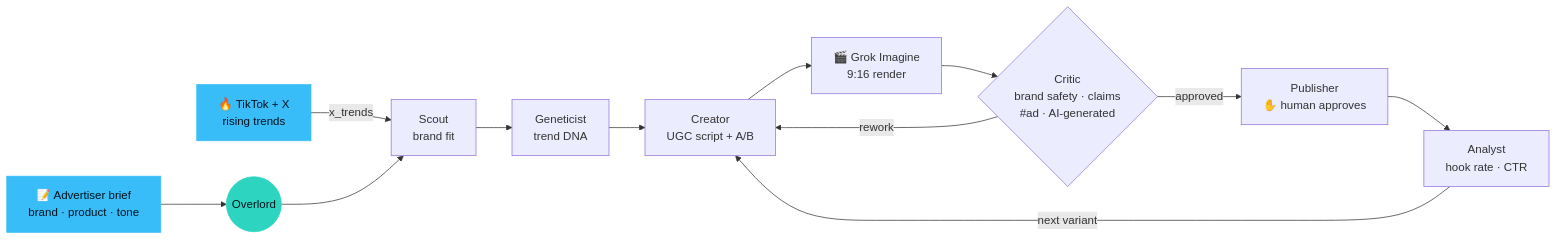
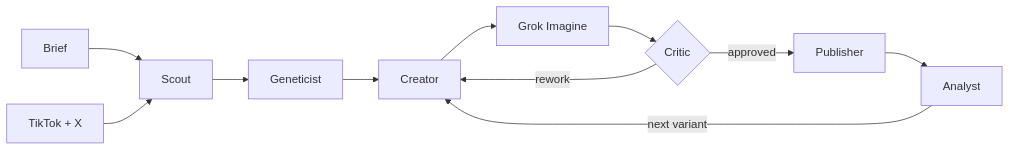
One commit to WiktorZoga/opalacze changed the diagram in README.md. Above: the diagram before and after it, drawn with Mermaid. The commit also changed other lines of this file and 1 other file, not shown here.

````diff
--- a/README.md
+++ b/README.md
@@ -40,19 +47,13 @@
 ```mermaid
 flowchart LR
-    B["📝 Advertiser brief<br/>brand · product · tone"] --> O(("Overlord"))
-    T["🔥 TikTok + X<br/>rising trends"] -->|x_trends| S["Scout<br/>brand fit"]
-    O --> S
-    S --> G["Geneticist<br/>trend DNA"]
-    G --> M["Creator<br/>UGC script + A/B"]
-    M --> R["🎬 Grok Imagine<br/>9:16 render"]
-    R --> C{"Critic<br/>brand safety · claims<br/>#ad · AI-generated"}
-    C -->|rework| M
-    C -->|approved| P["Publisher<br/>✋ human approves"]
-    P --> A["Analyst<br/>hook rate · CTR"]
-    A -->|next variant| M
-
-    classDef hot fill:#38bdf8,stroke:#38bdf8,color:#04121f
-    classDef acid fill:#2dd4bf,stroke:#2dd4bf,color:#04121f
-    class B,T hot
-    class O acid
+    B["Brief"] --> S["Scout"]
+    T["TikTok + X"] --> S
+    S --> G["Geneticist"]
+    G --> C["Creator"]
+    C --> R["Grok Imagine"]
+    R --> K{"Critic"}
+    K -->|rework| C
+    K -->|approved| P["Publisher"]
+    P --> A["Analyst"]
+    A -->|next variant| C
 ```
````
